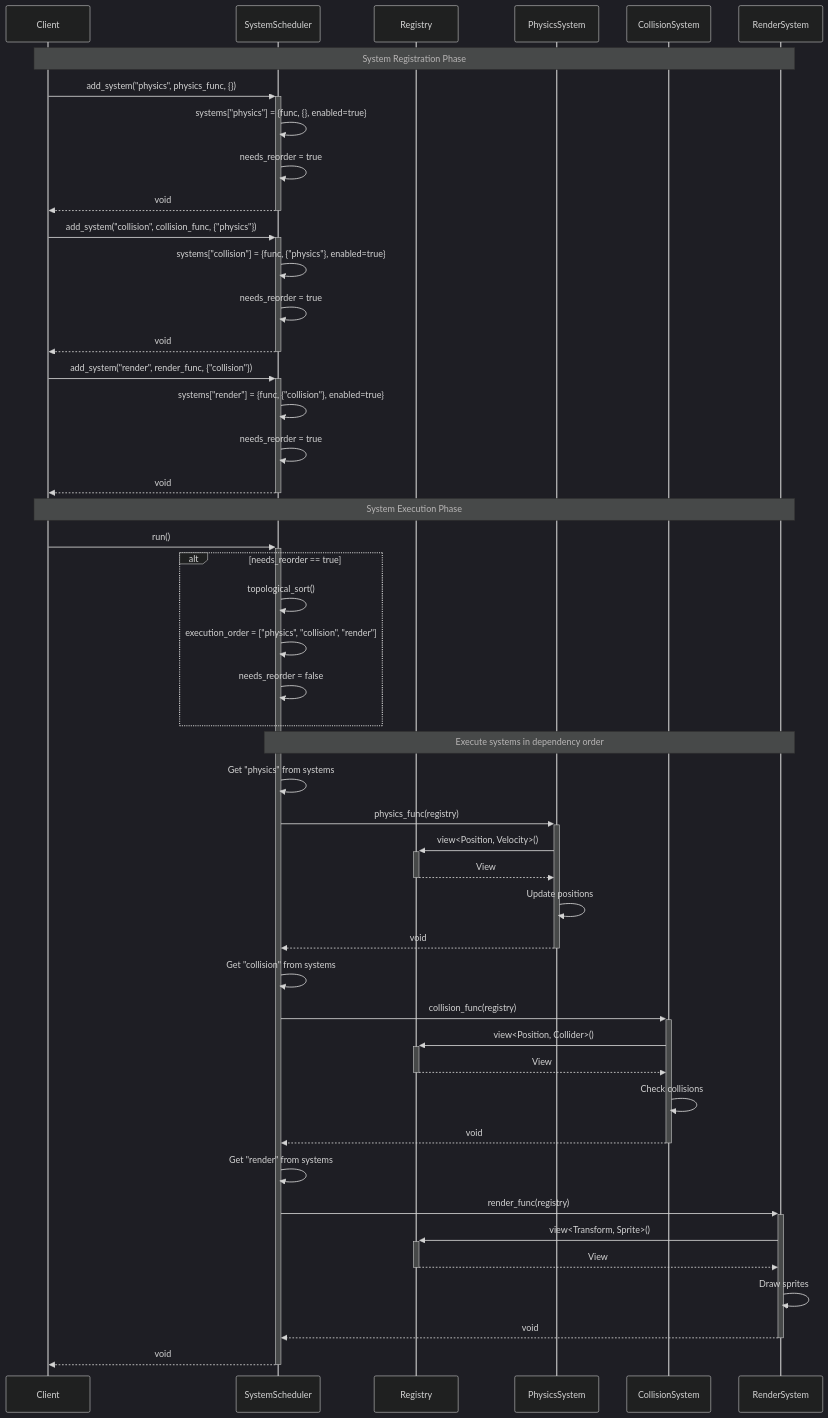
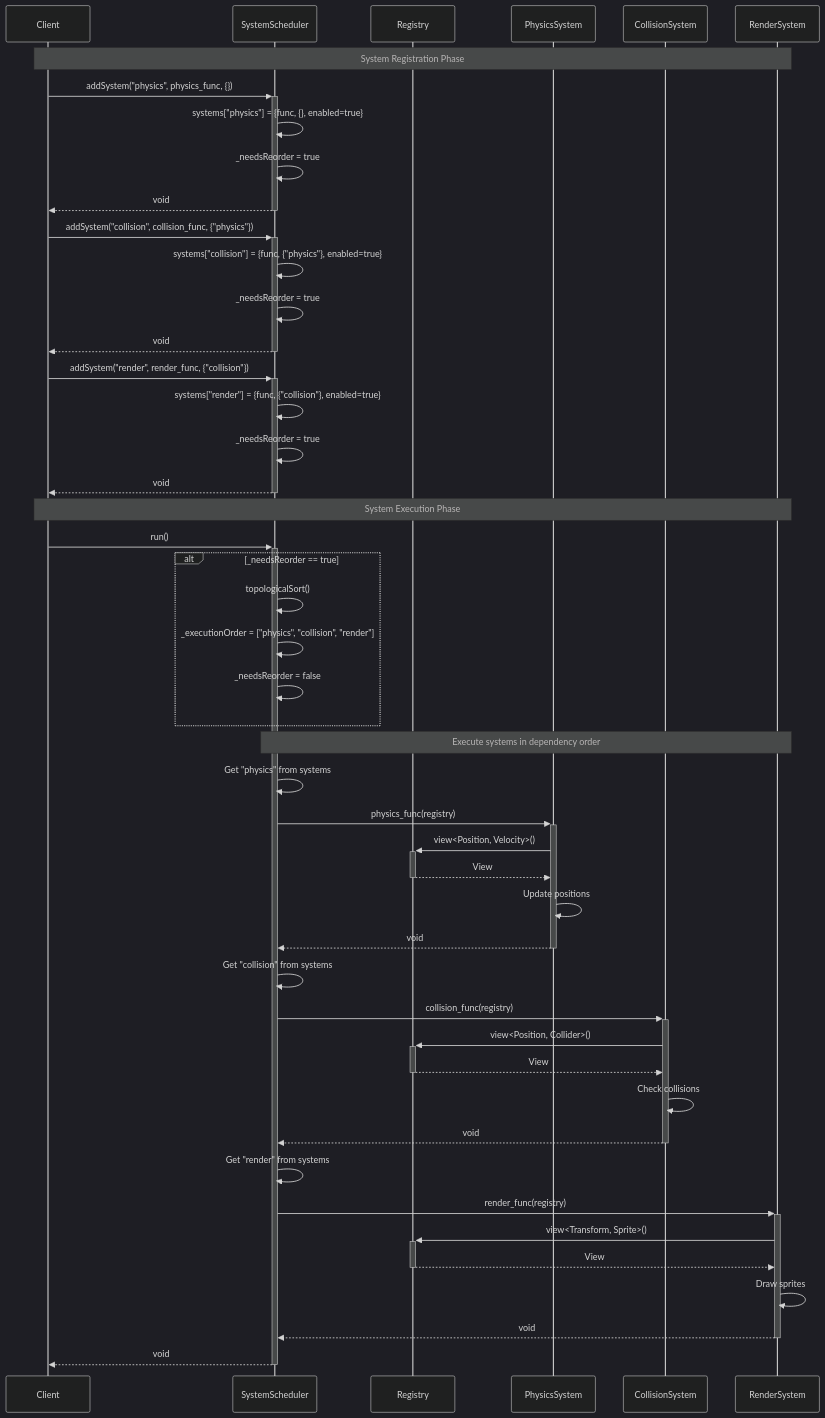
The ninth of 12 diagrams in doc/ecs/19_architecture_diagrams.md (My-Epitech-Organisation/Rtype), drawn with Mermaid (dark theme) before and after one commit. The commit also changed other lines of this file and 48 other files, not shown here.

````diff
--- a/doc/ecs/19_architecture_diagrams.md
+++ b/doc/ecs/19_architecture_diagrams.md
@@ -901,61 +901,61 @@
 ```mermaid
 sequenceDiagram
     participant Client
     participant SystemScheduler
     participant Registry
     participant PhysicsSystem
     participant CollisionSystem
     participant RenderSystem
     
     Note over Client,RenderSystem: System Registration Phase
     
-    Client->>+SystemScheduler: add_system("physics", physics_func, {})
+    Client->>+SystemScheduler: addSystem("physics", physics_func, {})
     SystemScheduler->>SystemScheduler: systems["physics"] = {func, {}, enabled=true}
-    SystemScheduler->>SystemScheduler: needs_reorder = true
+    SystemScheduler->>SystemScheduler: _needsReorder = true
     SystemScheduler-->>-Client: void
     
-    Client->>+SystemScheduler: add_system("collision", collision_func, {"physics"})
+    Client->>+SystemScheduler: addSystem("collision", collision_func, {"physics"})
     SystemScheduler->>SystemScheduler: systems["collision"] = {func, {"physics"}, enabled=true}
-    SystemScheduler->>SystemScheduler: needs_reorder = true
+    SystemScheduler->>SystemScheduler: _needsReorder = true
     SystemScheduler-->>-Client: void
     
-    Client->>+SystemScheduler: add_system("render", render_func, {"collision"})
+    Client->>+SystemScheduler: addSystem("render", render_func, {"collision"})
     SystemScheduler->>SystemScheduler: systems["render"] = {func, {"collision"}, enabled=true}
-    SystemScheduler->>SystemScheduler: needs_reorder = true
+    SystemScheduler->>SystemScheduler: _needsReorder = true
     SystemScheduler-->>-Client: void
     
     Note over Client,RenderSystem: System Execution Phase
     
     Client->>+SystemScheduler: run()
     
-    alt needs_reorder == true
-        SystemScheduler->>SystemScheduler: topological_sort()
-        SystemScheduler->>SystemScheduler: execution_order = ["physics", "collision", "render"]
-        SystemScheduler->>SystemScheduler: needs_reorder = false
+    alt _needsReorder == true
+        SystemScheduler->>SystemScheduler: topologicalSort()
+        SystemScheduler->>SystemScheduler: _executionOrder = ["physics", "collision", "render"]
+        SystemScheduler->>SystemScheduler: _needsReorder = false
     end
     
     Note over SystemScheduler,RenderSystem: Execute systems in dependency order
     
     SystemScheduler->>SystemScheduler: Get "physics" from systems
     SystemScheduler->>+PhysicsSystem: physics_func(registry)
     PhysicsSystem->>+Registry: view<Position, Velocity>()
     Registry-->>-PhysicsSystem: View
     PhysicsSystem->>PhysicsSystem: Update positions
     PhysicsSystem-->>-SystemScheduler: void
     
     SystemScheduler->>SystemScheduler: Get "collision" from systems
     SystemScheduler->>+CollisionSystem: collision_func(registry)
     CollisionSystem->>+Registry: view<Position, Collider>()
     Registry-->>-CollisionSystem: View
     CollisionSystem->>CollisionSystem: Check collisions
     CollisionSystem-->>-SystemScheduler: void
     
     SystemScheduler->>SystemScheduler: Get "render" from systems
     SystemScheduler->>+RenderSystem: render_func(registry)
     RenderSystem->>+Registry: view<Transform, Sprite>()
     Registry-->>-RenderSystem: View
     RenderSystem->>RenderSystem: Draw sprites
     RenderSystem-->>-SystemScheduler: void
     
     SystemScheduler-->>-Client: void
 ```
````
